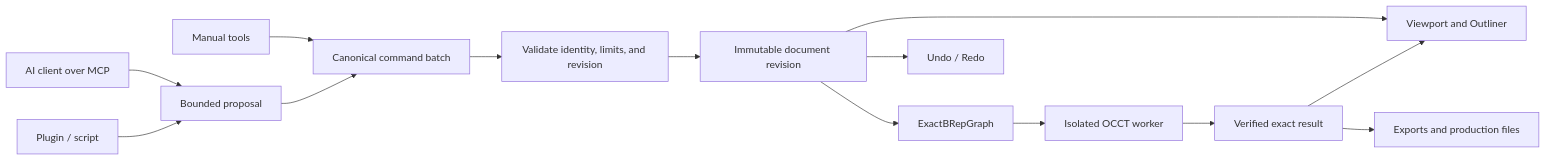
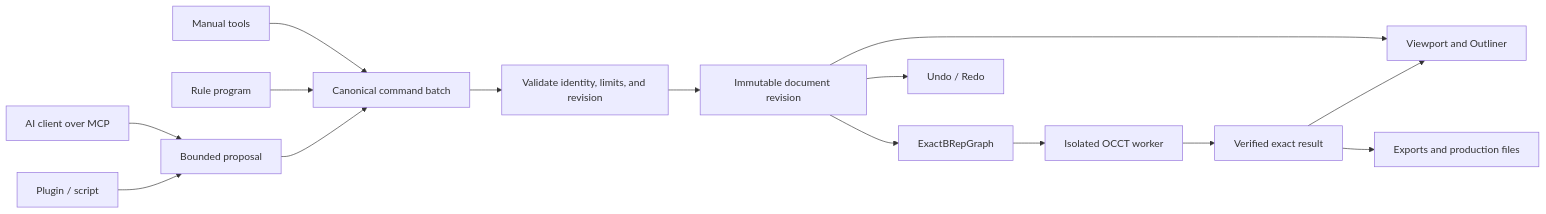
One commit to pietrobb/Ketchup changed the diagram in README.md. Above: the diagram before and after it, drawn with Mermaid. The commit also changed other lines of this file and 5 other files, not shown here.

````diff
--- a/README.md
+++ b/README.md
@@ -76,16 +193,17 @@
 ```mermaid
 flowchart LR
     UI[Manual tools] --> CMD[Canonical command batch]
     AI[AI client over MCP] --> PLAN[Bounded proposal]
     SDK[Plugin / script] --> PLAN
+    PROG[Rule program] --> CMD
     PLAN --> CMD
     CMD --> CHECK[Validate identity, limits, and revision]
     CHECK --> DOC[Immutable document revision]
     DOC --> GRAPH[ExactBRepGraph]
     GRAPH --> WORKER[Isolated OCCT worker]
     WORKER --> RESULT[Verified exact result]
     DOC --> VIEW[Viewport and Outliner]
     RESULT --> VIEW
     RESULT --> EXPORT[Exports and production files]
     DOC --> UNDO[Undo / Redo]
 ```
````
